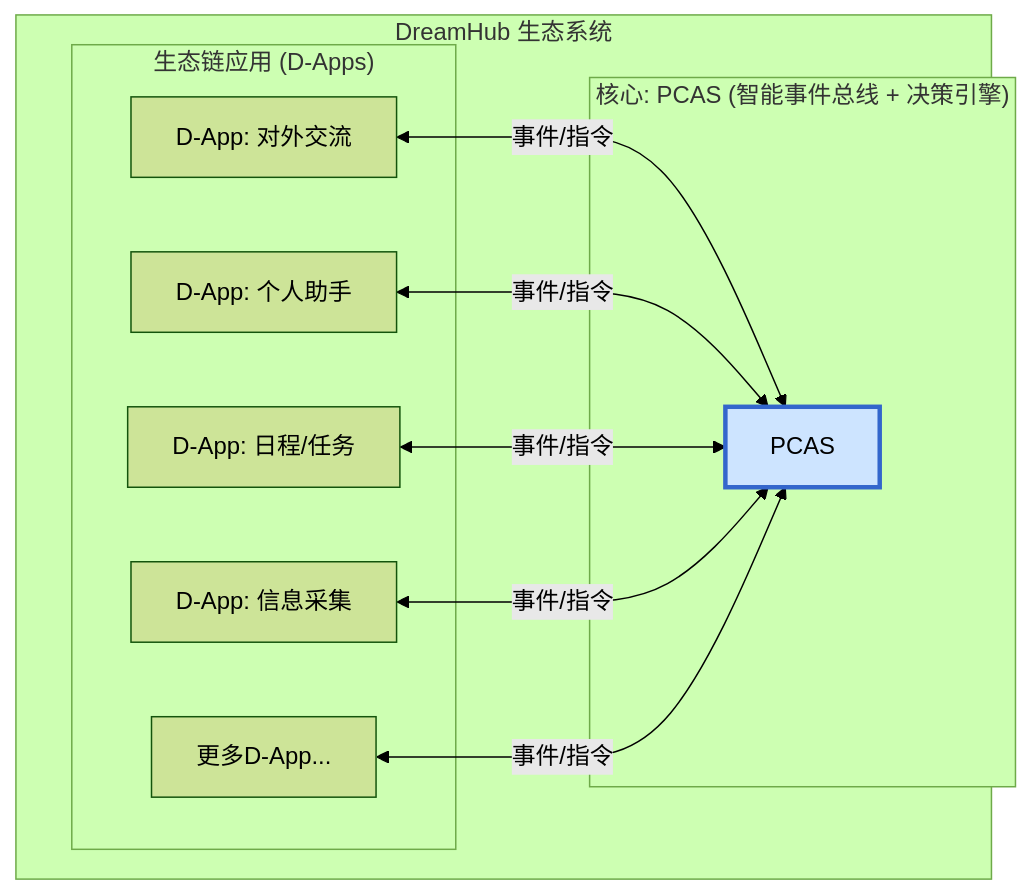
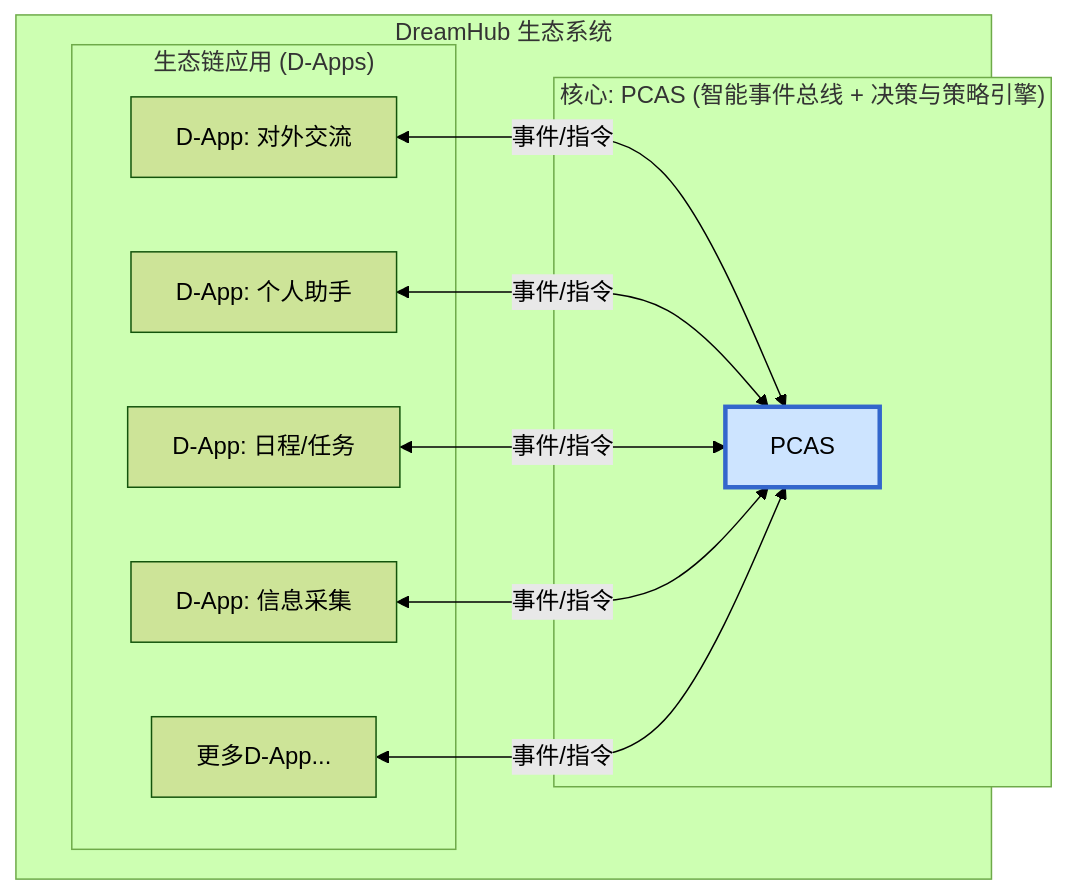
The diagram in README.zh.md (soaringjerry/DreamHub), drawn with Mermaid (forest theme) before and after one commit. The commit also changed other lines of this file and 3 other files, not shown here.

````diff
--- a/README.zh.md
+++ b/README.zh.md
@@ -33,27 +35,27 @@
 ```mermaid
 graph TD
     subgraph "DreamHub 生态系统"
         direction LR
         
-        subgraph "核心: PCAS (智能事件总线 + 决策引擎)"
+        subgraph "核心: PCAS (智能事件总线 + 决策与策略引擎)"
             PCAS_Core[PCAS]
         end
 
         subgraph "生态链应用 (D-Apps)"
             DApp1[D-App: 对外交流]
             DApp2[D-App: 个人助手]
             DApp3[D-App: 日程/任务]
             DApp4[D-App: 信息采集]
             DAppN[更多D-App...]
         end
     end
 
     %% 通信流
     DApp1 <--> |事件/指令| PCAS_Core
     DApp2 <--> |事件/指令| PCAS_Core
     DApp3 <--> |事件/指令| PCAS_Core
     DApp4 <--> |事件/指令| PCAS_Core
     DAppN <--> |事件/指令| PCAS_Core
 
     style PCAS_Core fill:#cde4ff,stroke:#36c,stroke-width:3px
 ```
````
